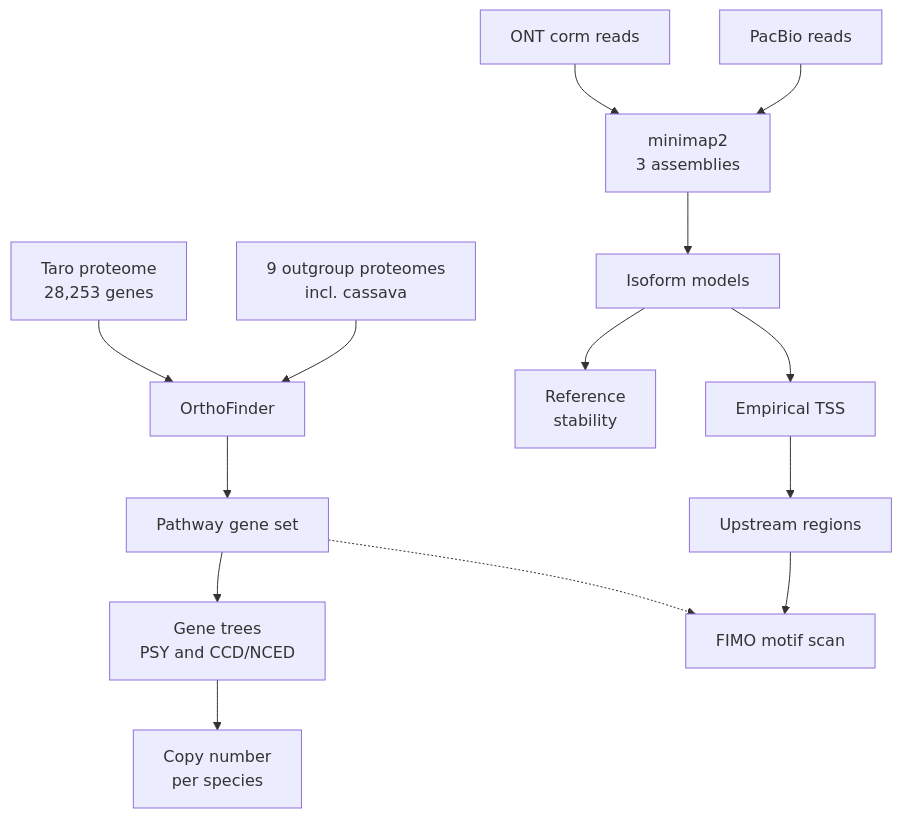
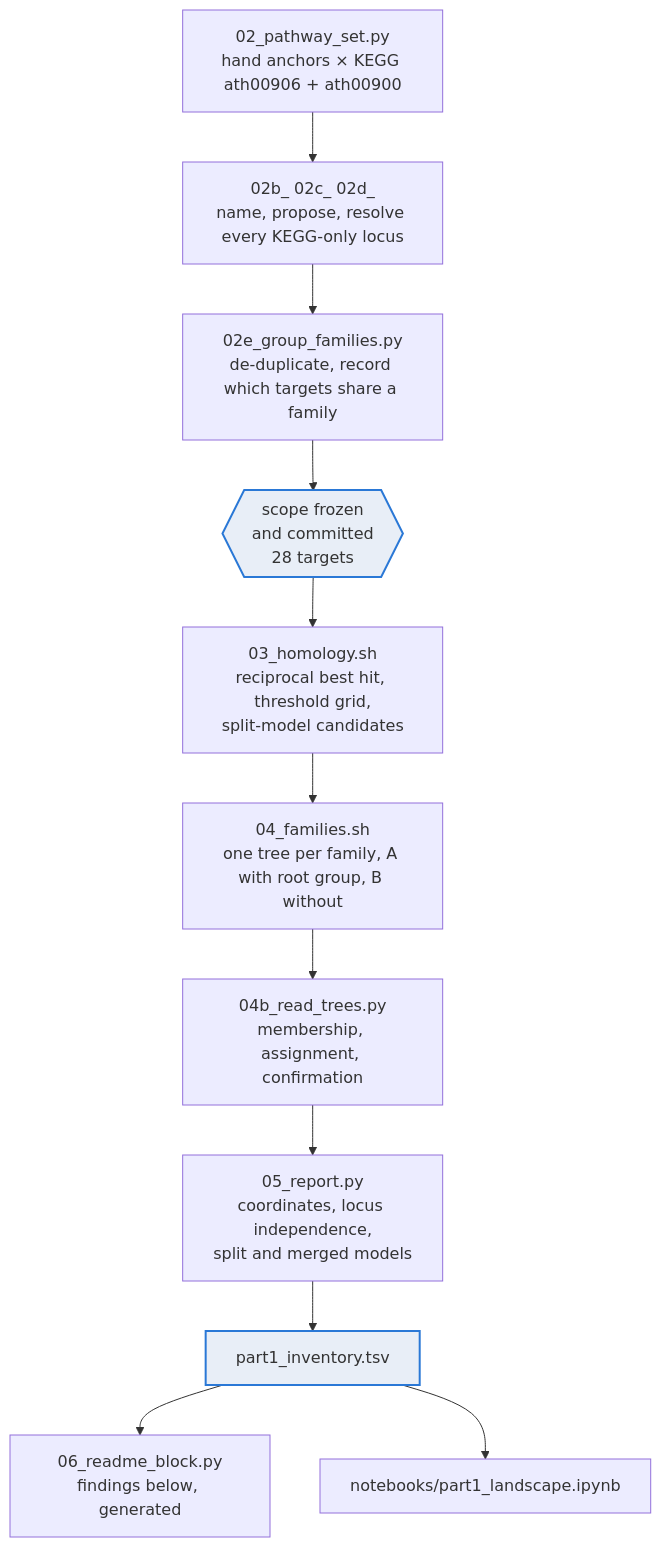
Before and after one commit to ih-11/taro: the diagram in README.md, drawn with Mermaid. The commit also changed other lines of this file and 11 other files, not shown here.

````diff
--- a/README.md
+++ b/README.md
@@ -27,19 +47,16 @@
 ```mermaid
 flowchart TD
-    A1["Taro proteome<br/>28,253 genes"] --> A3["OrthoFinder"]
-    A2["9 outgroup proteomes<br/>incl. cassava"] --> A3
-    A3 --> A4["Pathway gene set"]
-    A4 --> A5["Gene trees<br/>PSY and CCD/NCED"]
-    A5 --> A6["Copy number<br/>per species"]
+    A["02_pathway_set.py<br/>hand anchors × KEGG ath00906 + ath00900"] --> B
+    B["02b_ 02c_ 02d_<br/>name, propose, resolve every KEGG-only locus"] --> C
+    C["02e_group_families.py<br/>de-duplicate, record which targets share a family"] --> D
+    D{{"scope frozen<br/>and committed<br/>28 targets"}} --> E
+    E["03_homology.sh<br/>reciprocal best hit, threshold grid,<br/>split-model candidates"] --> F
+    F["04_families.sh<br/>one tree per family, A with root group, B without"] --> G
+    G["04b_read_trees.py<br/>membership, assignment, confirmation"] --> H
+    H["05_report.py<br/>coordinates, locus independence,<br/>split and merged models"] --> I
+    I["part1_inventory.tsv"] --> J["06_readme_block.py<br/>findings below, generated"]
+    I --> K["notebooks/part1_landscape.ipynb"]
 
-    B1["ONT corm reads"] --> B3["minimap2<br/>3 assemblies"]
-    B2["PacBio reads"] --> B3
-    B3 --> B4["Isoform models"]
-    B4 --> B5["Reference<br/>stability"]
-
-    B4 --> C1["Empirical TSS"]
-    C1 --> C2["Upstream regions"]
-    C2 --> C3["FIMO motif scan"]
-
-    A4 -.-> C3
+    style D fill:#e8eef7,stroke:#2a78d6,stroke-width:2px
+    style I fill:#e8eef7,stroke:#2a78d6,stroke-width:2px
 ```
````
